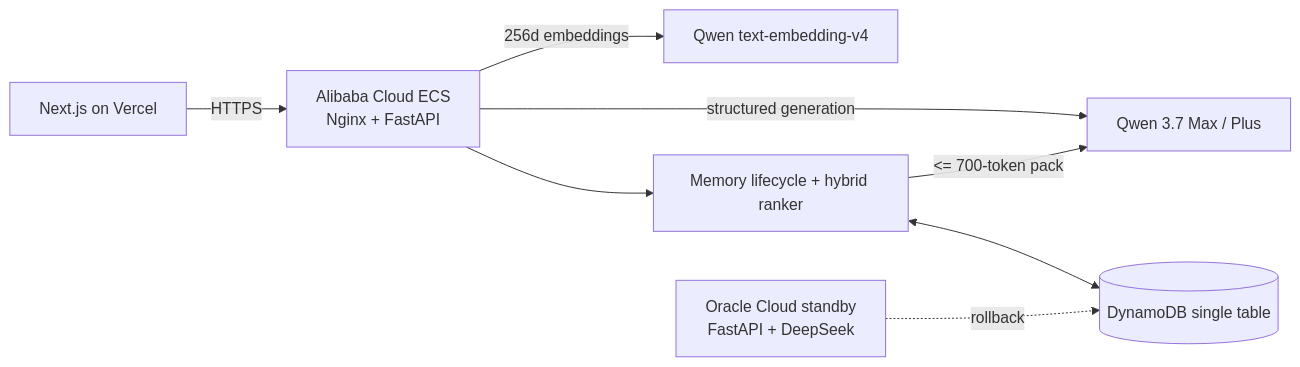
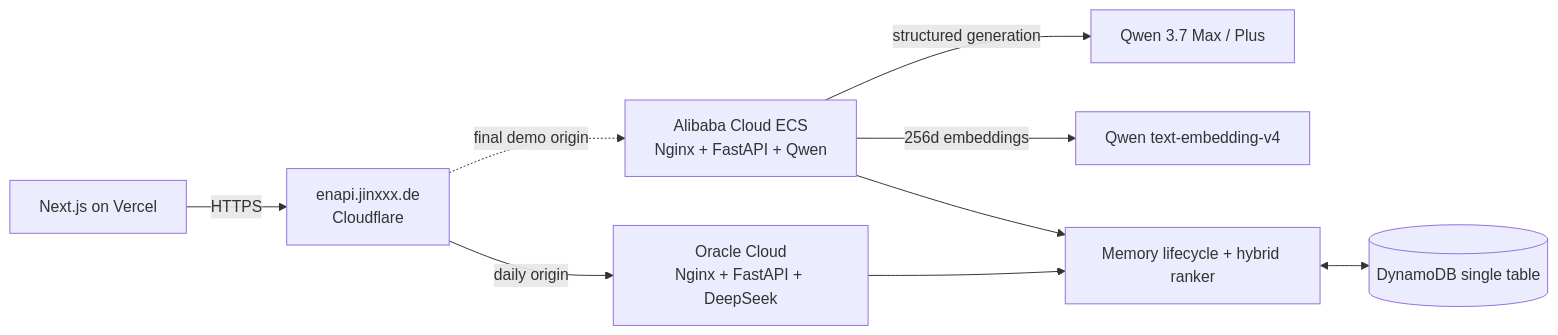
Before and after one commit to jinyu-cai/weakspot-english-coach: the diagram in README.md, drawn with Mermaid. The commit also changed other lines of this file and 27 other files, not shown here.

````diff
--- a/README.md
+++ b/README.md
@@ -41,10 +41,11 @@
 ```mermaid
 flowchart LR
-    Browser[Next.js on Vercel] -->|HTTPS| Ali[Alibaba Cloud ECS\nNginx + FastAPI]
+    Browser[Next.js on Vercel] -->|HTTPS| Stable[enapi.jinxxx.de\nCloudflare]
+    Stable -->|daily origin| Oracle[Oracle Cloud\nNginx + FastAPI + DeepSeek]
+    Stable -. final demo origin .-> Ali[Alibaba Cloud ECS\nNginx + FastAPI + Qwen]
     Ali -->|structured generation| Qwen[Qwen 3.7 Max / Plus]
     Ali -->|256d embeddings| Embed[Qwen text-embedding-v4]
-    Ali --> Memory[Memory lifecycle + hybrid ranker]
+    Oracle --> Memory[Memory lifecycle + hybrid ranker]
+    Ali --> Memory
     Memory <--> DB[(DynamoDB single table)]
-    Memory -->|<= 700-token pack| Qwen
-    Oracle[Oracle Cloud standby\nFastAPI + DeepSeek] -. rollback .-> DB
 ```
````
